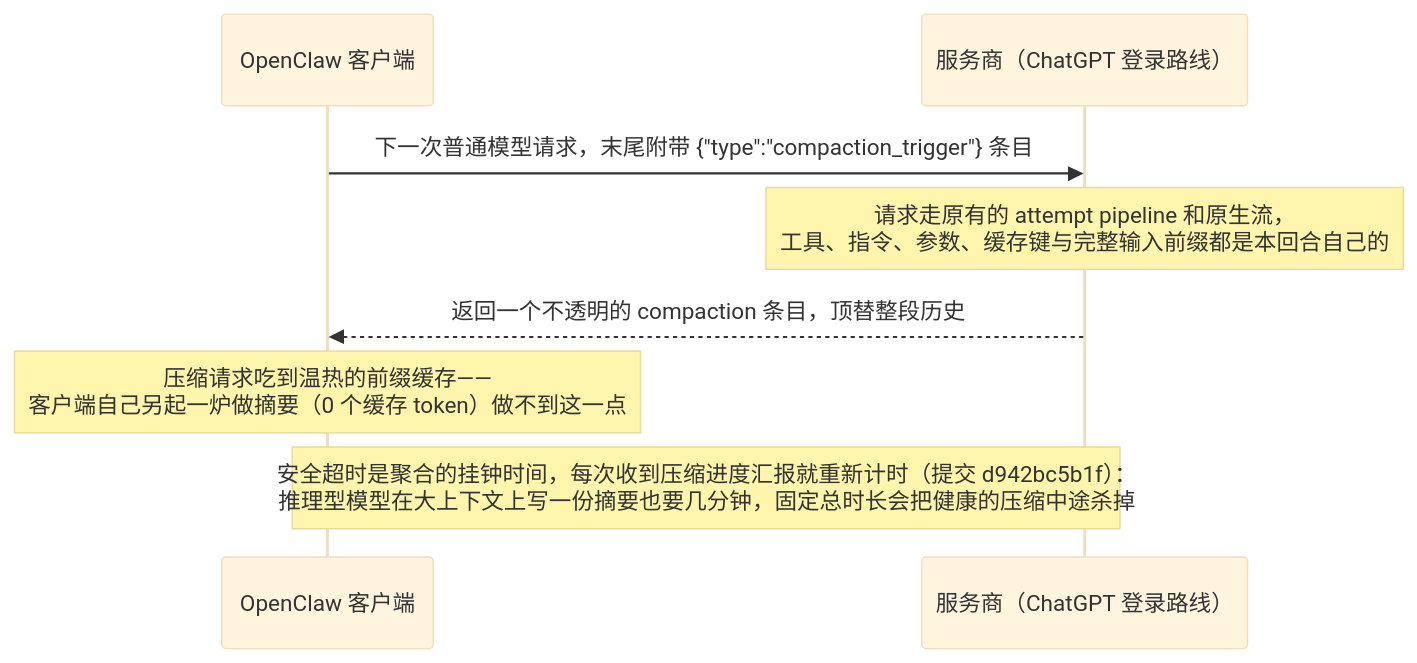
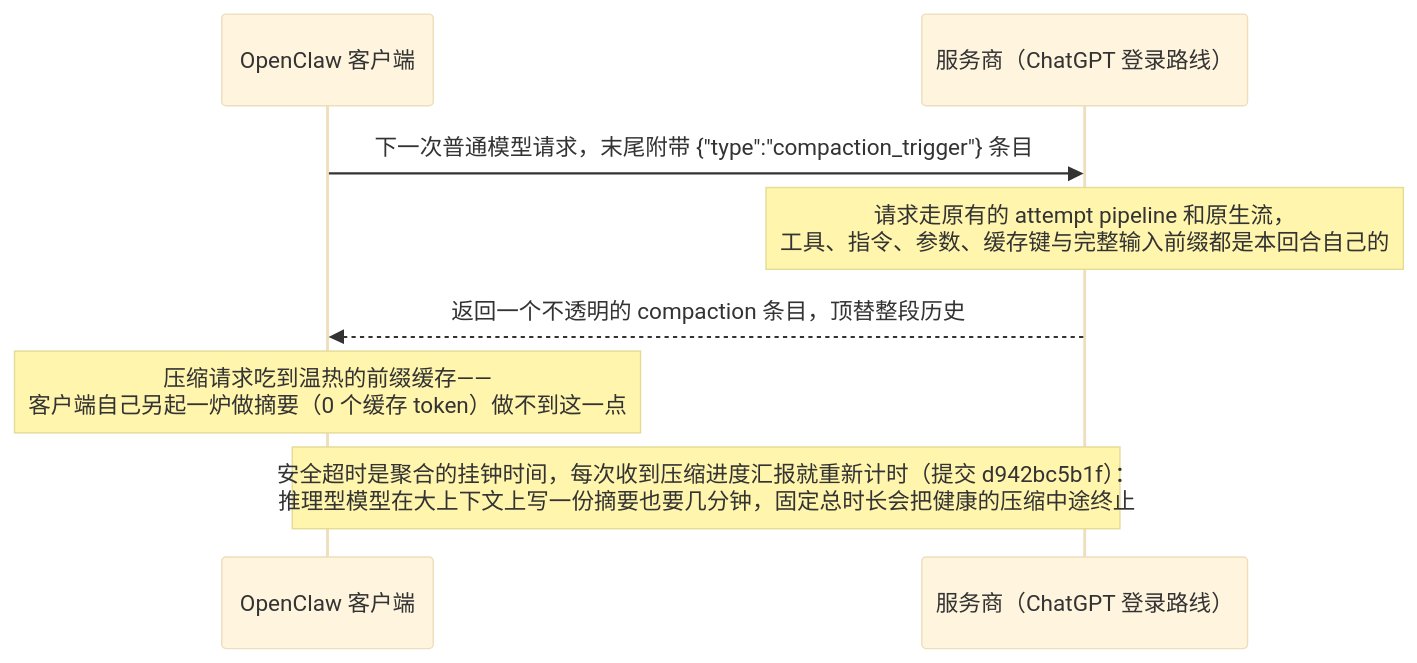
One commit to zachysun/awesome-agents-notes changed the fifth of 5 diagrams in notes/openclaw.md. Above: the diagram before and after it, drawn with Mermaid (base theme). The commit also changed other lines of this file and 5 other files, not shown here.

````diff
--- a/notes/openclaw.md
+++ b/notes/openclaw.md
@@ -272,10 +272,10 @@
 ```mermaid
 sequenceDiagram
     participant C as OpenClaw 客户端
     participant P as 服务商（ChatGPT 登录路线）
     C->>P: 下一次普通模型请求，末尾附带 {"type":"compaction_trigger"} 条目
     Note over P: 请求走原有的 attempt pipeline 和原生流，<br/>工具、指令、参数、缓存键与完整输入前缀都是本回合自己的
     P-->>C: 返回一个不透明的 compaction 条目，顶替整段历史
     Note over C: 压缩请求吃到温热的前缀缓存——<br/>客户端自己另起一炉做摘要（0 个缓存 token）做不到这一点
-    Note over C,P: 安全超时是聚合的挂钟时间，每次收到压缩进度汇报就重新计时（提交 d942bc5b1f）：<br/>推理型模型在大上下文上写一份摘要也要几分钟，固定总时长会把健康的压缩中途杀掉
+    Note over C,P: 安全超时是聚合的挂钟时间，每次收到压缩进度汇报就重新计时（提交 d942bc5b1f）：<br/>推理型模型在大上下文上写一份摘要也要几分钟，固定总时长会把健康的压缩中途终止
 ```
````
